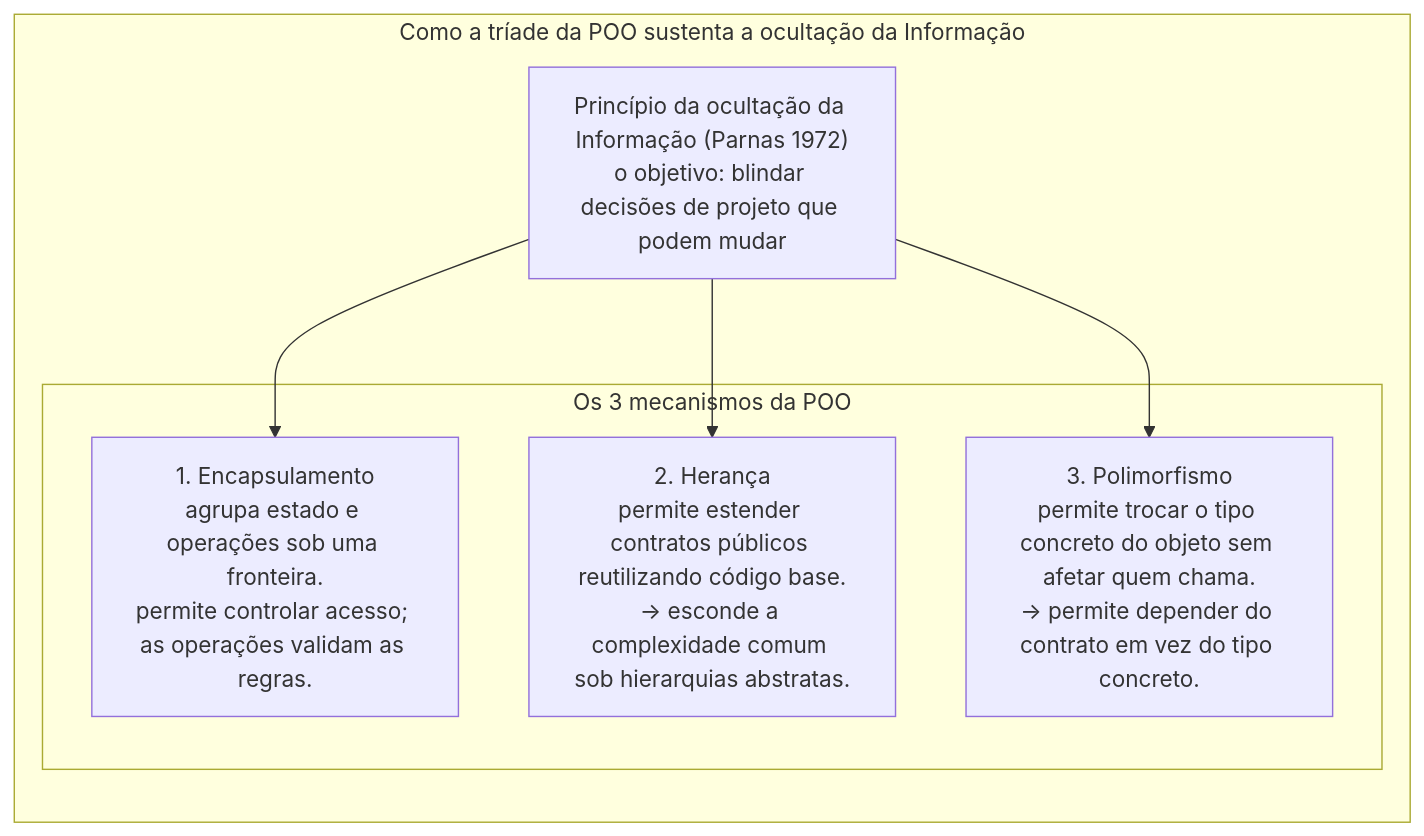
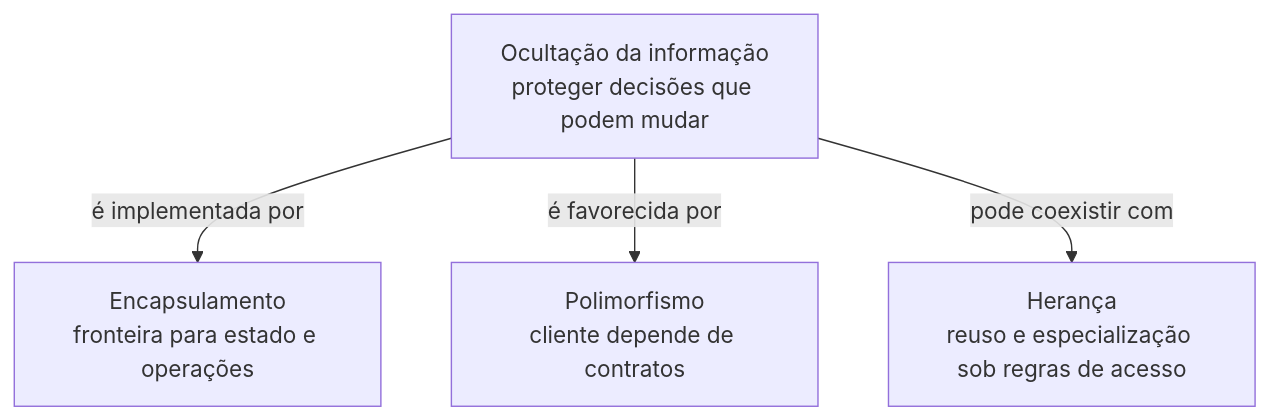
One commit to leorruas/puc changed the second of 2 diagrams in 01. Programacao Modular/11. Princípio da ocultação da informação (information hiding e encapsulamento).md. Above: the diagram before and after it, drawn with Mermaid. The commit also changed other lines of this file, not shown here.

Commit message:
Normaliza Mermaid de ocultação da informação

````diff
--- a/01. Programacao Modular/11. Princípio da ocultação da informação (information hiding e encapsulamento).md
+++ b/01. Programacao Modular/11. Princípio da ocultação da informação (information hiding e encapsulamento).md
@@ -374,17 +356,11 @@
 ```mermaid
 flowchart TD
-    subgraph PilaresOcultacao ["Como a tríade da POO sustenta a ocultação da Informação"]
-        direction TB
-        IH["Princípio da ocultação da Informação (Parnas 1972)<br>o objetivo: blindar decisões de projeto que podem mudar"]
+    Ocultacao["Ocultação da informação<br>proteger decisões que podem mudar"]:::core
+    Encapsulamento["Encapsulamento<br>fronteira para estado e operações"]:::component
+    Polimorfismo["Polimorfismo<br>cliente depende de contratos"]:::component
+    Heranca["Herança<br>reuso e especialização sob regras de acesso"]:::component
 
-        subgraph MecanismosPOO ["Os 3 mecanismos da POO"]
-            ENC["1. Encapsulamento<br>agrupa estado e operações sob uma fronteira.<br>permite controlar acesso; as operações validam as regras."]
-            HER["2. Herança<br>permite estender contratos públicos reutilizando código base.<br>-> esconde a complexidade comum sob hierarquias abstratas."]
-            POL["3. Polimorfismo<br>permite trocar o tipo concreto do objeto sem afetar quem chama.<br>-> permite depender do contrato em vez do tipo concreto."]
-        end
-
-        IH --> ENC
-        IH --> HER
-        IH --> POL
-    end
+    Ocultacao -->|"é implementada por"| Encapsulamento
+    Ocultacao -->|"é favorecida por"| Polimorfismo
+    Ocultacao -->|"pode coexistir com"| Heranca
 ```
````
